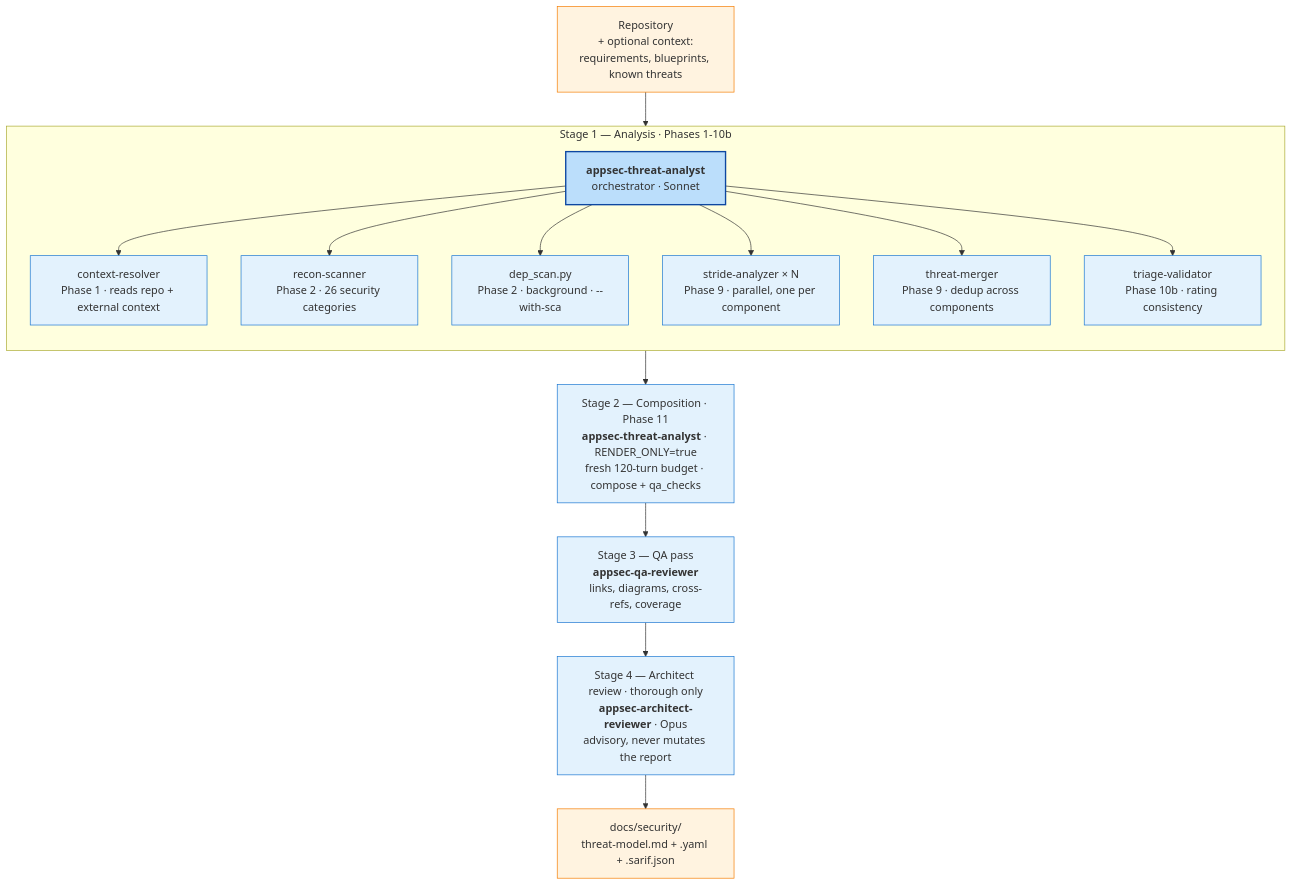
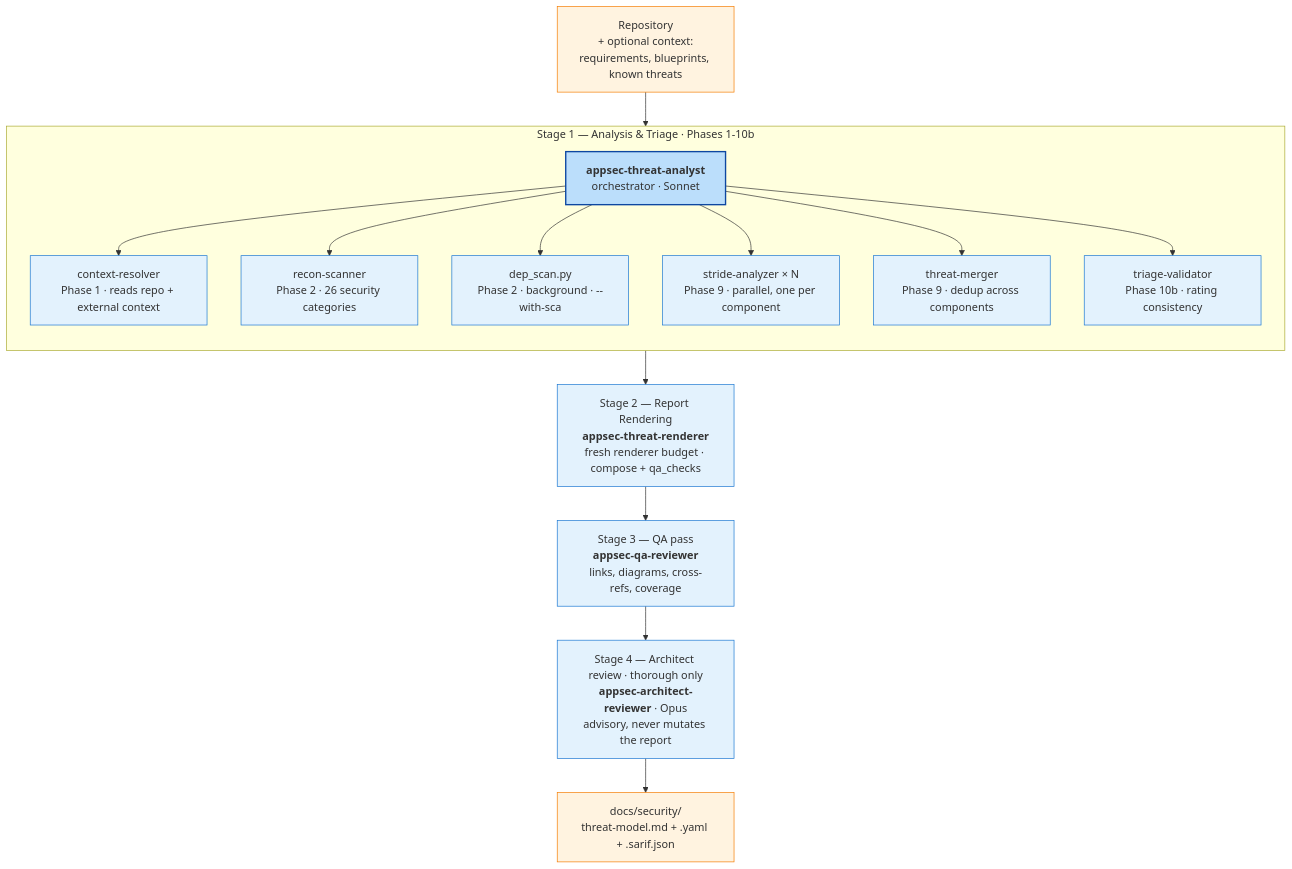
One commit to appsec-foundry/appsec-advisor changed the second of 2 diagrams in docs/threat-model-skill.md. Above: the diagram before and after it, drawn with Mermaid. The commit also changed other lines of this file and 48 other files, not shown here.

````diff
--- a/docs/threat-model-skill.md
+++ b/docs/threat-model-skill.md
@@ -56,35 +56,35 @@
 ```mermaid
 flowchart TB
     IN[Repository<br/>+ optional context:<br/>requirements, blueprints, known threats]
 
-    subgraph S1[Stage 1 — Analysis · Phases 1-10b]
+    subgraph S1[Stage 1 — Analysis & Triage · Phases 1-10b]
         direction TB
         ORCH["<b>appsec-threat-analyst</b><br/>orchestrator · Sonnet"]
         CR[context-resolver<br/>Phase 1 · reads repo + external context]
         RS[recon-scanner<br/>Phase 2 · 26 security categories]
         DS["dep_scan.py<br/>Phase 2 · background · --with-sca"]
         SA["stride-analyzer × N<br/>Phase 9 · parallel, one per component"]
         TM[threat-merger<br/>Phase 9 · dedup across components]
         TV[triage-validator<br/>Phase 10b · rating consistency]
         ORCH --> CR
         ORCH --> RS
         ORCH --> DS
         ORCH --> SA
         ORCH --> TM
         ORCH --> TV
     end
 
-    S2[Stage 2 — Composition · Phase 11<br/><b>appsec-threat-analyst</b> · RENDER_ONLY=true<br/>fresh 120-turn budget · compose + qa_checks]
+    S2[Stage 2 — Report Rendering<br/><b>appsec-threat-renderer</b><br/>fresh renderer budget · compose + qa_checks]
     S3[Stage 3 — QA pass<br/><b>appsec-qa-reviewer</b><br/>links, diagrams, cross-refs, coverage]
     S4[Stage 4 — Architect review · thorough only<br/><b>appsec-architect-reviewer</b> · Opus<br/>advisory, never mutates the report]
     OUT[docs/security/<br/>threat-model.md + .yaml + .sarif.json]
 
     IN --> S1 --> S2 --> S3 --> S4 --> OUT
 
     classDef io fill:#fff3e0,stroke:#f57c00,stroke-width:1px
     classDef agent fill:#e3f2fd,stroke:#1976d2,stroke-width:1px
     classDef orch fill:#bbdefb,stroke:#0d47a1,stroke-width:2px
     class IN,OUT io
     class CR,RS,DS,SA,TM,TV,S2,S3,S4 agent
     class ORCH orch
 ```
````
